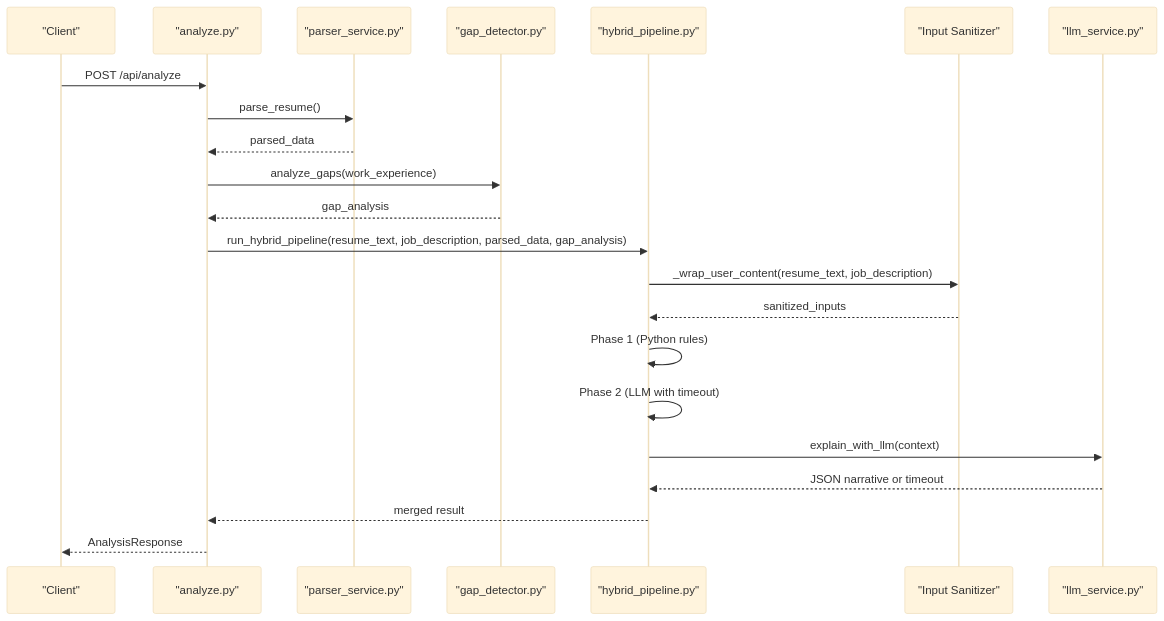
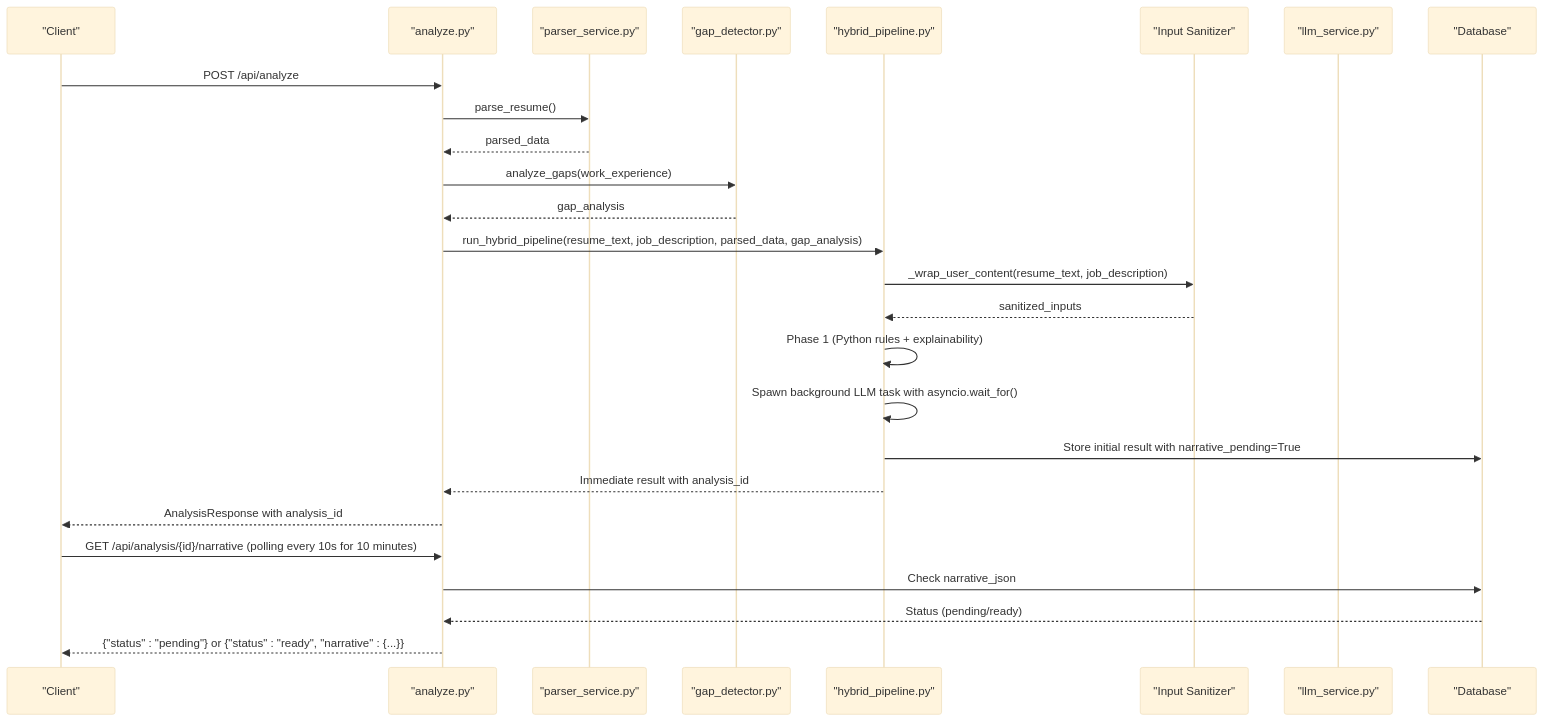
The second of 12 diagrams in .qoder/repowiki/en/content/Analysis Engine/Hybrid Pipeline Architecture.md (Revanththetalogics/aireume), drawn with Mermaid (base theme) before and after one commit. The commit also changed other lines of this file and 33 other files, not shown here.

First line of the commit message:
fix: JD templates, LLM queue, comparison page, name extraction, narrative timeout

````diff
--- a/.qoder/repowiki/en/content/Analysis Engine/Hybrid Pipeline Architecture.md
+++ b/.qoder/repowiki/en/content/Analysis Engine/Hybrid Pipeline Architecture.md
@@ -138,24 +168,28 @@
 ```mermaid
 sequenceDiagram
 participant Client as "Client"
 participant Route as "analyze.py"
 participant Parser as "parser_service.py"
 participant Gap as "gap_detector.py"
 participant Hybrid as "hybrid_pipeline.py"
 participant Sanitizer as "Input Sanitizer"
 participant LLM as "llm_service.py"
+participant DB as "Database"
 Client->>Route : POST /api/analyze
 Route->>Parser : parse_resume()
 Parser-->>Route : parsed_data
 Route->>Gap : analyze_gaps(work_experience)
 Gap-->>Route : gap_analysis
 Route->>Hybrid : run_hybrid_pipeline(resume_text, job_description, parsed_data, gap_analysis)
 Hybrid->>Sanitizer : _wrap_user_content(resume_text, job_description)
 Sanitizer-->>Hybrid : sanitized_inputs
-Hybrid->>Hybrid : Phase 1 (Python rules)
-Hybrid->>Hybrid : Phase 2 (LLM with timeout)
-Hybrid->>LLM : explain_with_llm(context)
-LLM-->>Hybrid : JSON narrative or timeout
-Hybrid-->>Route : merged result
-Route-->>Client : AnalysisResponse
+Hybrid->>Hybrid : Phase 1 (Python rules + explainability)
+Hybrid->>Hybrid : Spawn background LLM task with asyncio.wait_for()
+Hybrid->>DB : Store initial result with narrative_pending=True
+Hybrid-->>Route : Immediate result with analysis_id
+Route-->>Client : AnalysisResponse with analysis_id
+Client->>Route : GET /api/analysis/{id}/narrative (polling every 10s for 10 minutes)
+Route->>DB : Check narrative_json
+DB-->>Route : Status (pending/ready)
+Route-->>Client : {"status" : "pending"} or {"status" : "ready", "narrative" : {...}}
 ```
````
